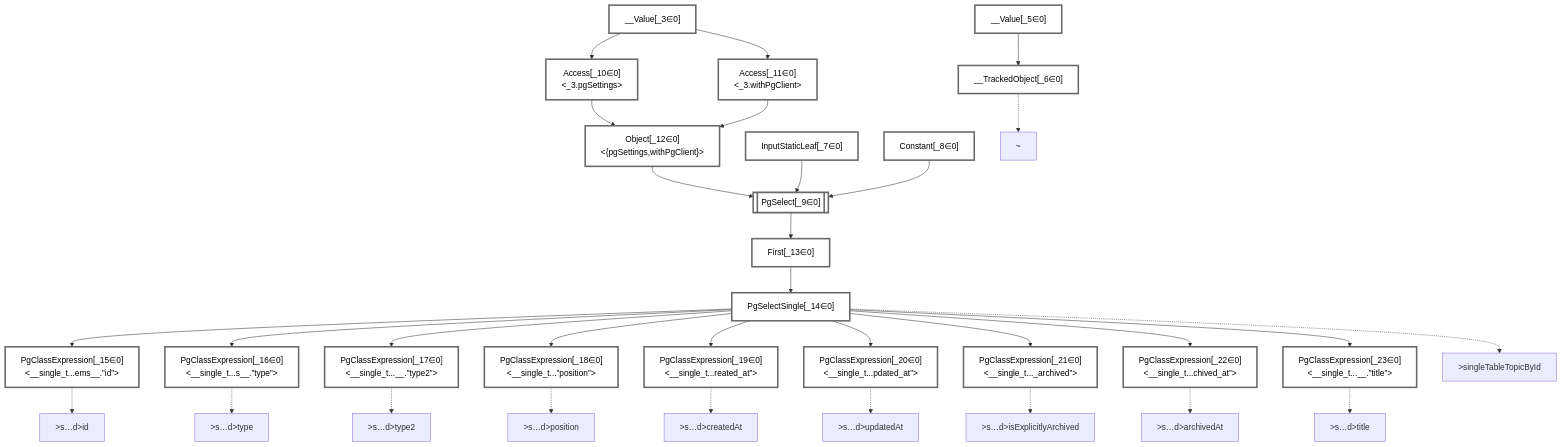
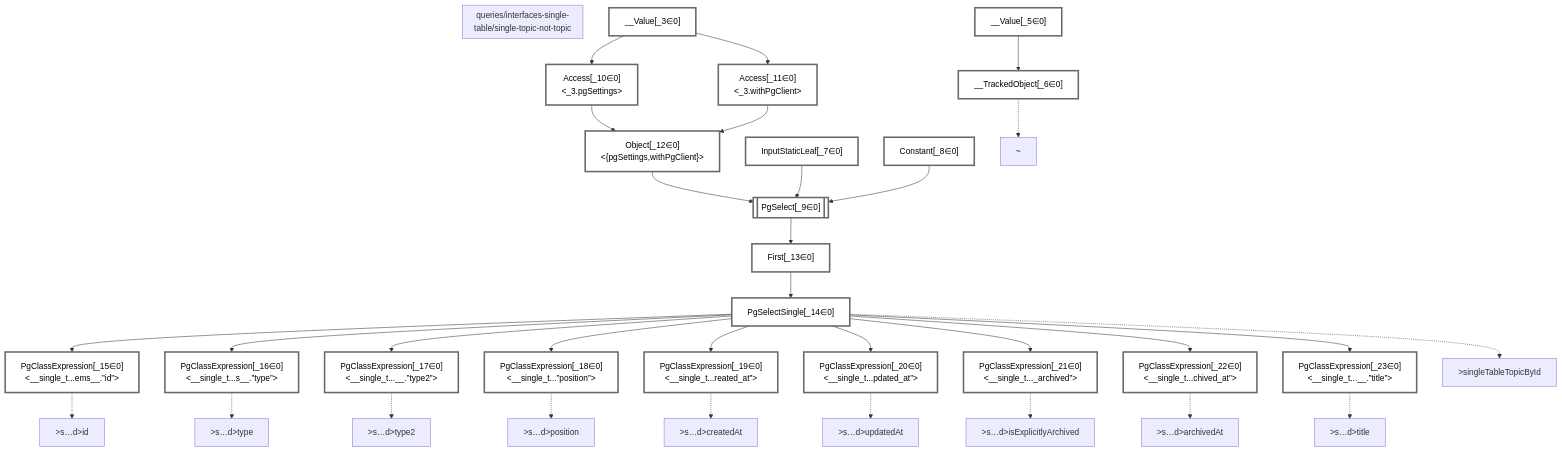
One commit to graphile/crystal changed the diagram in packages/dataplan-pg/__tests__/queries/interfaces-single-table/single-topic-not-topic.mermaid.md. Above: the diagram before and after it, drawn with Mermaid. The commit also changed 195 other files, not shown here.

````diff
--- a/packages/dataplan-pg/__tests__/queries/interfaces-single-table/single-topic-not-topic.mermaid.md
+++ b/packages/dataplan-pg/__tests__/queries/interfaces-single-table/single-topic-not-topic.mermaid.md
@@ -1,80 +1,82 @@
 ```mermaid
 graph TD
+    subgraph "queries/interfaces-single-table/single-topic-not-topic"
+    end
     classDef path fill:#eee,stroke:#000,color:#000
     classDef plan fill:#fff,stroke-width:3px,color:#000
     classDef itemplan fill:#fff,stroke-width:6px,color:#000
     classDef sideeffectplan fill:#f00,stroke-width:6px,color:#000
     classDef bucket fill:#f6f6f6,color:#000,stroke-width:6px,text-align:left
 
 
     %% define plans
     __Value_3["__Value[_3∈0]<br /><context>"]:::plan
     __Value_5["__Value[_5∈0]<br /><rootValue>"]:::plan
     __TrackedObject_6["__TrackedObject[_6∈0]"]:::plan
     InputStaticLeaf_7["InputStaticLeaf[_7∈0]"]:::plan
     Constant_8["Constant[_8∈0]"]:::plan
     PgSelect_9[["PgSelect[_9∈0]<br /><single_table_items>"]]:::plan
     Access_10["Access[_10∈0]<br /><_3.pgSettings>"]:::plan
     Access_11["Access[_11∈0]<br /><_3.withPgClient>"]:::plan
     Object_12["Object[_12∈0]<br /><{pgSettings,withPgClient}>"]:::plan
     First_13["First[_13∈0]"]:::plan
     PgSelectSingle_14["PgSelectSingle[_14∈0]<br /><single_table_items>"]:::plan
     PgClassExpression_15["PgClassExpression[_15∈0]<br /><__single_t...ems__.”id”>"]:::plan
     PgClassExpression_16["PgClassExpression[_16∈0]<br /><__single_t...s__.”type”>"]:::plan
     PgClassExpression_17["PgClassExpression[_17∈0]<br /><__single_t...__.”type2”>"]:::plan
     PgClassExpression_18["PgClassExpression[_18∈0]<br /><__single_t...”position”>"]:::plan
     PgClassExpression_19["PgClassExpression[_19∈0]<br /><__single_t...reated_at”>"]:::plan
     PgClassExpression_20["PgClassExpression[_20∈0]<br /><__single_t...pdated_at”>"]:::plan
     PgClassExpression_21["PgClassExpression[_21∈0]<br /><__single_t..._archived”>"]:::plan
     PgClassExpression_22["PgClassExpression[_22∈0]<br /><__single_t...chived_at”>"]:::plan
     PgClassExpression_23["PgClassExpression[_23∈0]<br /><__single_t...__.”title”>"]:::plan
 
     %% plan dependencies
     __Value_5 --> __TrackedObject_6
     Object_12 --> PgSelect_9
     InputStaticLeaf_7 --> PgSelect_9
     Constant_8 --> PgSelect_9
     __Value_3 --> Access_10
     __Value_3 --> Access_11
     Access_10 --> Object_12
     Access_11 --> Object_12
     PgSelect_9 --> First_13
     First_13 --> PgSelectSingle_14
     PgSelectSingle_14 --> PgClassExpression_15
     PgSelectSingle_14 --> PgClassExpression_16
     PgSelectSingle_14 --> PgClassExpression_17
     PgSelectSingle_14 --> PgClassExpression_18
     PgSelectSingle_14 --> PgClassExpression_19
     PgSelectSingle_14 --> PgClassExpression_20
     PgSelectSingle_14 --> PgClassExpression_21
     PgSelectSingle_14 --> PgClassExpression_22
     PgSelectSingle_14 --> PgClassExpression_23
 
     %% plan-to-path relationships
     P_6["~"]
     __TrackedObject_6 -.-> P_6
     P_14[">singleTableTopicById"]
     PgSelectSingle_14 -.-> P_14
     P_15[">s…d>id"]
     PgClassExpression_15 -.-> P_15
     P_16[">s…d>type"]
     PgClassExpression_16 -.-> P_16
     P_17[">s…d>type2"]
     PgClassExpression_17 -.-> P_17
     P_18[">s…d>position"]
     PgClassExpression_18 -.-> P_18
     P_19[">s…d>createdAt"]
     PgClassExpression_19 -.-> P_19
     P_20[">s…d>updatedAt"]
     PgClassExpression_20 -.-> P_20
     P_21[">s…d>isExplicitlyArchived"]
     PgClassExpression_21 -.-> P_21
     P_22[">s…d>archivedAt"]
     PgClassExpression_22 -.-> P_22
     P_23[">s…d>title"]
     PgClassExpression_23 -.-> P_23
 
     %% allocate buckets
     classDef bucket0 stroke:#696969
     class __Value_3,__Value_5,__TrackedObject_6,InputStaticLeaf_7,Constant_8,PgSelect_9,Access_10,Access_11,Object_12,First_13,PgSelectSingle_14,PgClassExpression_15,PgClassExpression_16,PgClassExpression_17,PgClassExpression_18,PgClassExpression_19,PgClassExpression_20,PgClassExpression_21,PgClassExpression_22,PgClassExpression_23 bucket0
 ```
````
